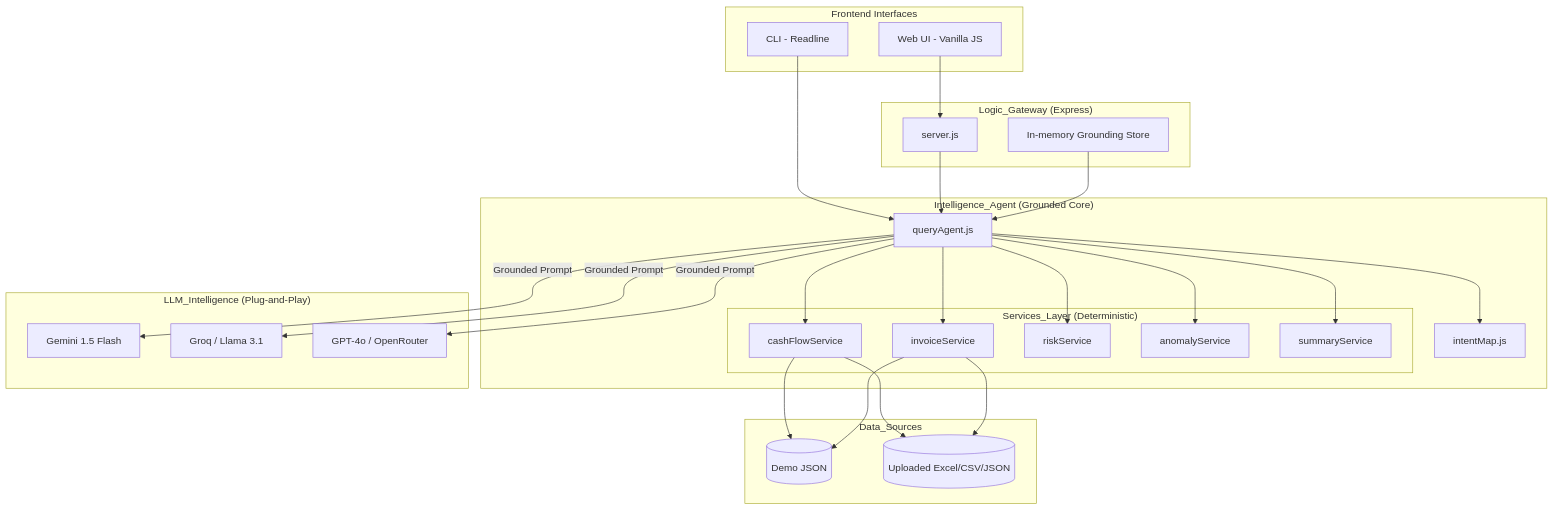
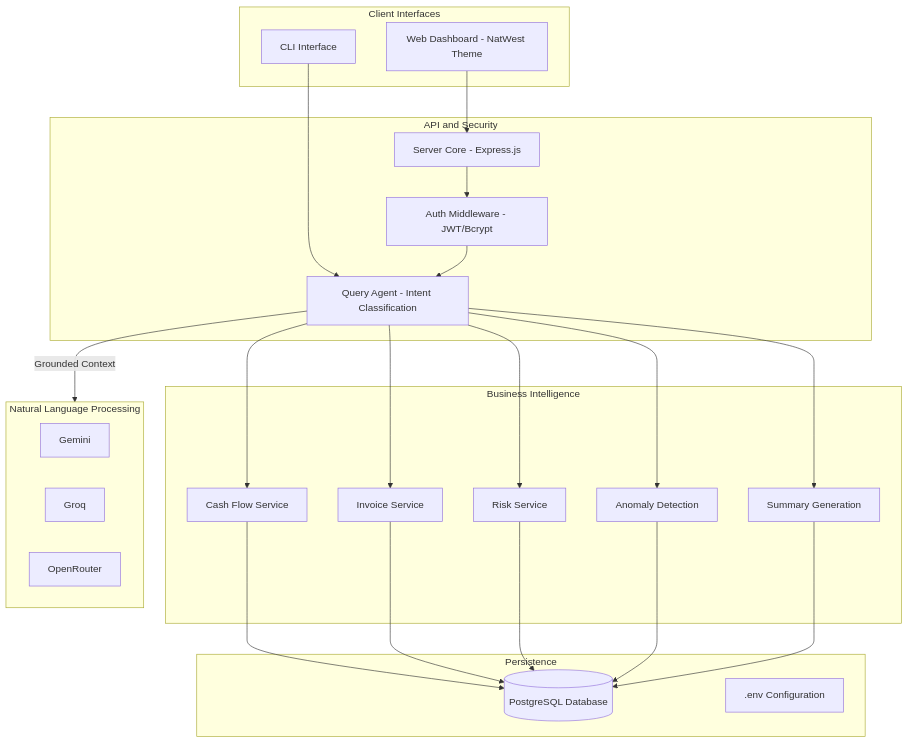
One commit to Nandan2508/CashGuardian changed the diagram in docs/architecture.md. Above: the diagram before and after it, drawn with Mermaid. The commit also changed other lines of this file and 1 other file, not shown here.

Commit message:
docs: comprehensive architectural and technical documentation update

````diff
--- a/docs/architecture.md
+++ b/docs/architecture.md
@@ -11,55 +9,50 @@
 ```mermaid
 graph TD
-    subgraph Client_Layer [Frontend Interfaces]
-        W[Web UI - Vanilla JS]
-        C[CLI - Readline]
+    subgraph Interface_Layer [Client Interfaces]
+        W[Web Dashboard - NatWest Theme]
+        C[CLI Interface]
     end
 
-    subgraph "Logic_Gateway (Express)"
-        S[server.js]
-        DS[In-memory Grounding Store]
+    subgraph Orchestration_Layer [API and Security]
+        S[Server Core - Express.js]
+        A[Auth Middleware - JWT/Bcrypt]
+        Q[Query Agent - Intent Classification]
     end
 
-    subgraph "Intelligence_Agent (Grounded Core)"
-        Q[queryAgent.js]
-        IM[intentMap.js]
-        
-        subgraph "Services_Layer (Deterministic)"
-            S1[cashFlowService]
-            S2[invoiceService]
-            S3[riskService]
-            S5[anomalyService]
-            S6[summaryService]
-        end
+    subgraph Service_Layer [Business Intelligence]
+        CF[Cash Flow Service]
+        IS[Invoice Service]
+        RS[Risk Service]
+        AS[Anomaly Detection]
+        SS[Summary Generation]
     end
 
-    subgraph "Data_Sources"
-        D[(Demo JSON)]
-        U[(Uploaded Excel/CSV/JSON)]
+    subgraph Data_Layer [Persistence]
+        DB[(PostgreSQL Database)]
+        ENV[.env Configuration]
     end
 
-    subgraph "LLM_Intelligence (Plug-and-Play)"
-        AI_G[Gemini 1.5 Flash]
-        AI_GR[Groq / Llama 3.1]
-        AI_GPT[GPT-4o / OpenRouter]
+    subgraph AI_Core [Natural Language Processing]
+        GM[Gemini]
+        GQ[Groq]
+        OR[OpenRouter]
     end
 
     W --> S
     C --> Q
-    S --> Q
-    DS --> Q
-    Q --> IM
-    Q --> S1
-    Q --> S2
-    Q --> S3
-    Q --> S5
-    Q --> S6
-    Q -- "Grounded Prompt" --> AI_G
-    Q -- "Grounded Prompt" --> AI_GR
-    Q -- "Grounded Prompt" --> AI_GPT
+    S --> A
+    A --> Q
+    Q --> CF
+    Q --> IS
+    Q --> RS
+    Q --> AS
+    Q --> SS
+    
+    CF --> DB
+    IS --> DB
+    RS --> DB
+    AS --> DB
+    SS --> DB
 
-    S1 --> D
-    S1 --> U
-    S2 --> D
-    S2 --> U
+    Q -- "Grounded Context" --> AI_Core
 ```
````
